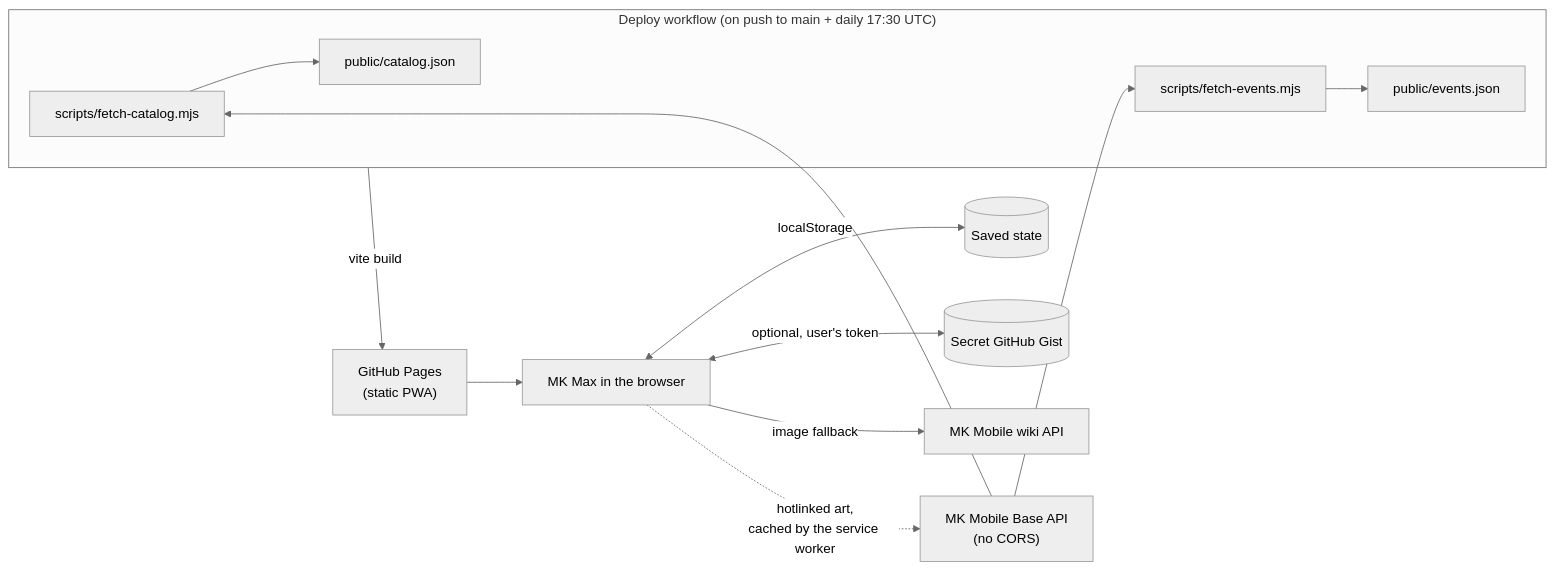
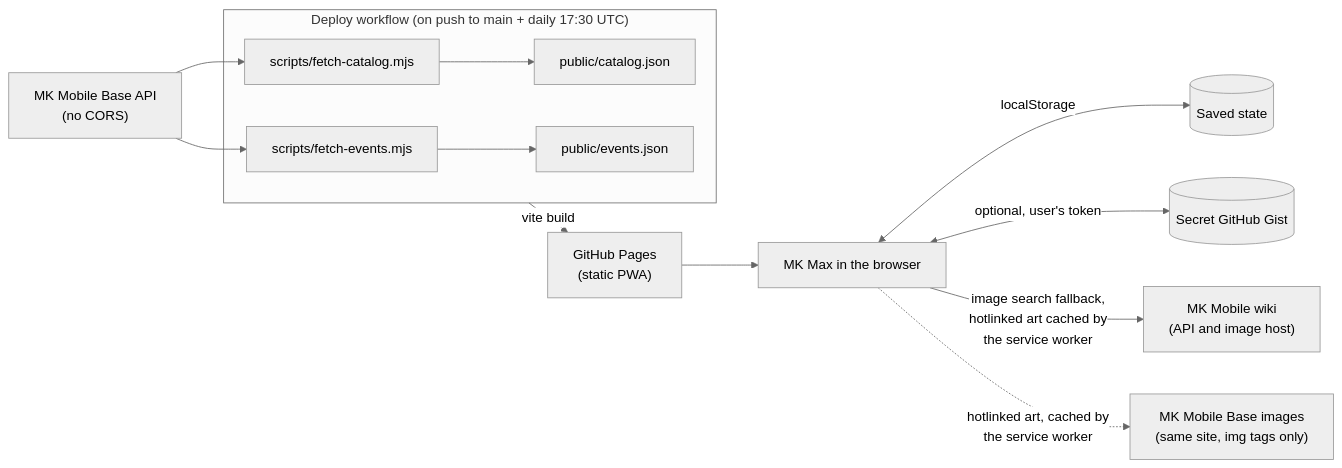
One commit to Simba3696/mkmax changed the first of 3 diagrams in docs/architecture.md. Above: the diagram before and after it, drawn with Mermaid (neutral theme). The commit also changed other lines of this file and 16 other files, not shown here.

````diff
--- a/docs/architecture.md
+++ b/docs/architecture.md
@@ -9,14 +9,14 @@
 ```mermaid
 flowchart LR
   subgraph CI["Deploy workflow (on push to main + daily 17:30 UTC)"]
     F1["scripts/fetch-catalog.mjs"] --> C["public/catalog.json"]
     F2["scripts/fetch-events.mjs"] --> E["public/events.json"]
   end
   MKB["MK Mobile Base API<br/>(no CORS)"] --> F1 & F2
   CI -->|"vite build"| GP["GitHub Pages<br/>(static PWA)"]
   GP --> App["MK Max in the browser"]
   App <-->|"localStorage"| LS[("Saved state")]
   App <-->|"optional, user's token"| Gist[("Secret GitHub Gist")]
-  App -->|"image fallback"| Wiki["MK Mobile wiki API"]
-  App -.->|"hotlinked art,<br/>cached by the service worker"| MKB
+  App -->|"image search fallback,<br/>hotlinked art cached by<br/>the service worker"| Wiki["MK Mobile wiki<br/>(API and image host)"]
+  App -.->|"hotlinked art, cached by<br/>the service worker"| MKBImg["MK Mobile Base images<br/>(same site, img tags only)"]
 ```
````
